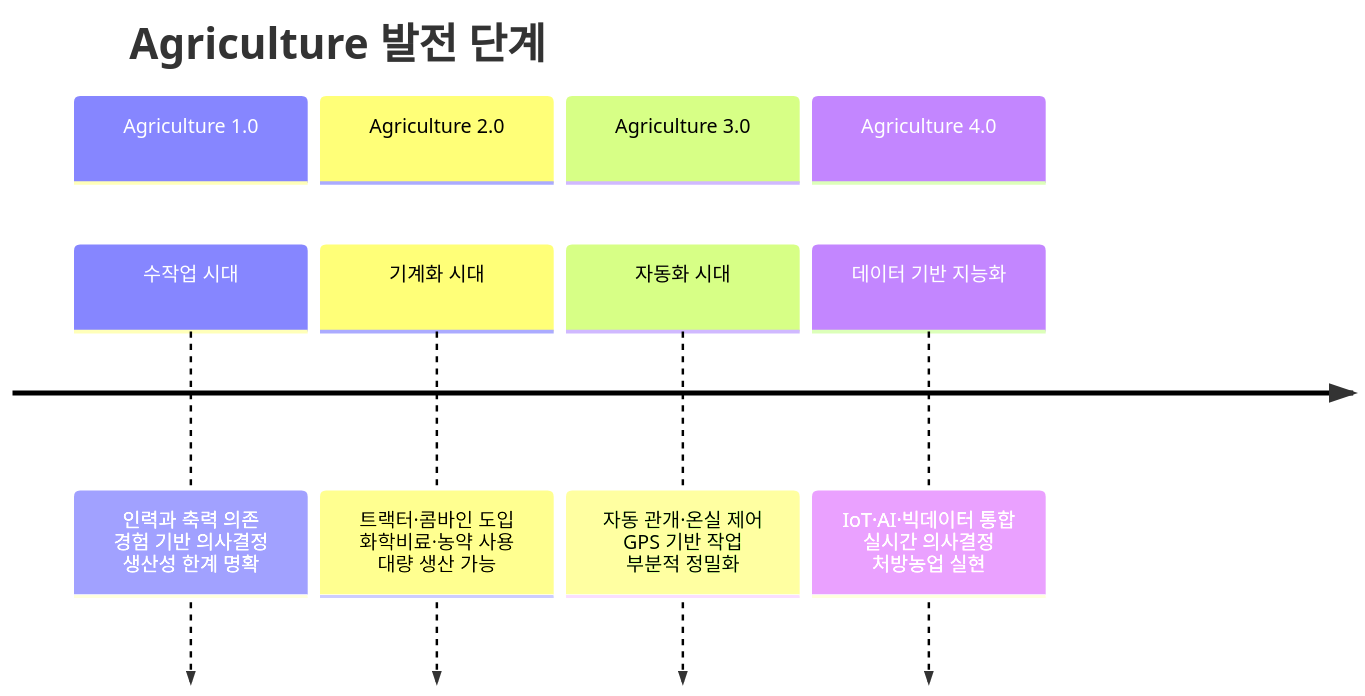
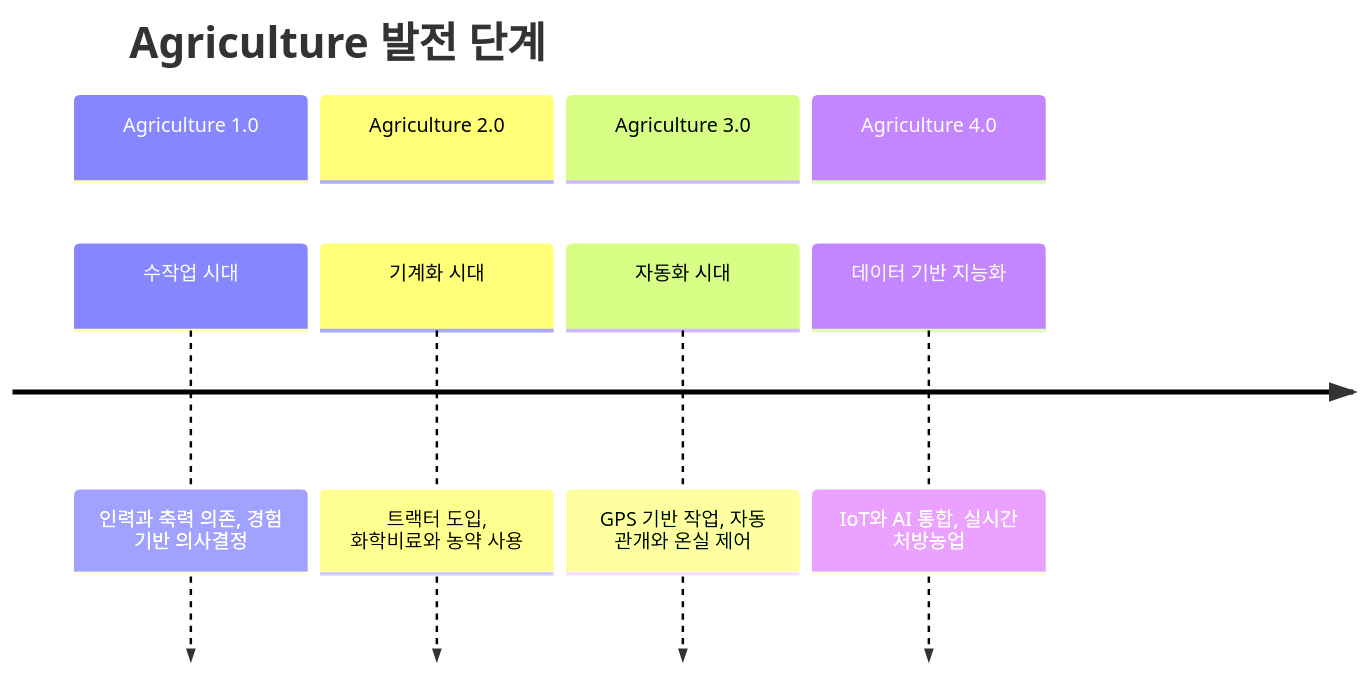
Before and after one commit to hobeen-kim/hobeen-kim.github.io: the first of 3 diagrams in docs/_study/smart-agriculture/01-what-is-smart-agriculture.md, drawn with Mermaid. The commit also changed 1 other file, not shown here.

Commit message:
fix: mermaid timeline에서 <br> 제거 — timeline은 <br> 미지원
쉼표(,)로 항목 구분하도록 변경 (01, 14)

````diff
--- a/docs/_study/smart-agriculture/01-what-is-smart-agriculture.md
+++ b/docs/_study/smart-agriculture/01-what-is-smart-agriculture.md
@@ -23,12 +23,12 @@
 ```mermaid
 timeline
     title Agriculture 발전 단계
     section Agriculture 1.0
-        수작업 시대 : 인력과 축력 의존<br>경험 기반 의사결정<br>생산성 한계 명확
+        수작업 시대 : 인력과 축력 의존, 경험 기반 의사결정
     section Agriculture 2.0
-        기계화 시대 : 트랙터·콤바인 도입<br>화학비료·농약 사용<br>대량 생산 가능
+        기계화 시대 : 트랙터 도입, 화학비료와 농약 사용
     section Agriculture 3.0
-        자동화 시대 : 자동 관개·온실 제어<br>GPS 기반 작업<br>부분적 정밀화
+        자동화 시대 : GPS 기반 작업, 자동 관개와 온실 제어
     section Agriculture 4.0
-        데이터 기반 지능화 : IoT·AI·빅데이터 통합<br>실시간 의사결정<br>처방농업 실현
+        데이터 기반 지능화 : IoT와 AI 통합, 실시간 처방농업
 ```
````
